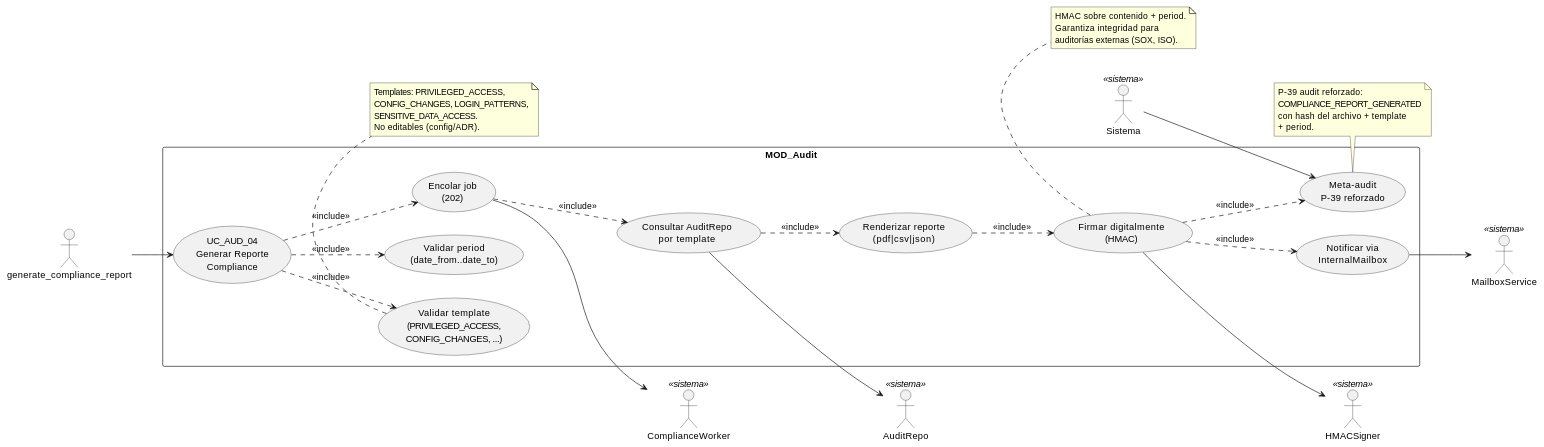
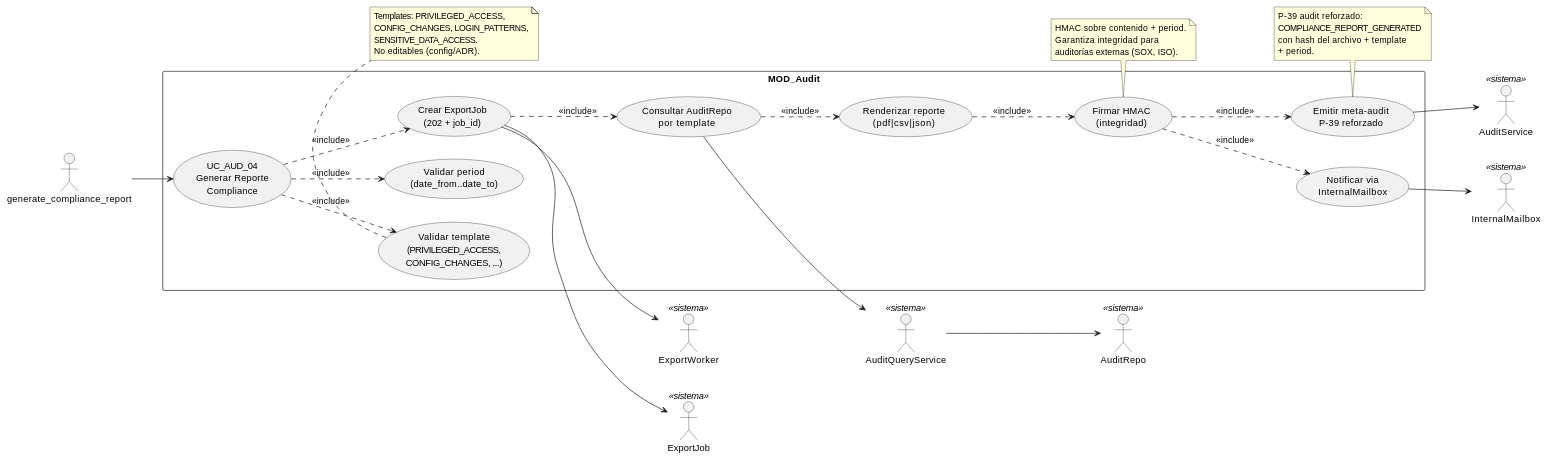
The diagram in source/requisitos/casos-uso/audit/uc-aud-04/diagramas-uml/diagrama-de-caso-de-uso.rst (jcg-admin/IACT-docs), drawn with PlantUML before and after one commit. The commit also changed other lines of this file and 52 other files, not shown here.

```diff
--- a/source/requisitos/casos-uso/audit/uc-aud-04/diagramas-uml/diagrama-de-caso-de-uso.rst
+++ b/source/requisitos/casos-uso/audit/uc-aud-04/diagramas-uml/diagrama-de-caso-de-uso.rst
@@ -4,63 +4,65 @@
 .. uml::
  :caption: UC_AUD_04 — actores y casos asociados
 
  @startuml
 
  left to right direction
 
  actor "generate_compliance_report" as INVOKER
- actor "ComplianceWorker" as WORKER <<sistema>>
- actor "AuditRepo" as REPO <<sistema>>
- actor "HMACSigner" as SIGNER <<sistema>>
- actor "MailboxService" as MAILBOX <<sistema>>
- actor "Sistema" as Sistema <<sistema>>
+ actor "ExportWorker" as WORKER <<sistema>>
+ actor "ExportJob" as JOB <<sistema>>
+ actor "AuditQueryService" as AQS <<sistema>>
+ actor "AuditRepo" as AR <<sistema>>
+ actor "InternalMailbox" as MB <<sistema>>
+ actor "AuditService" as AS <<sistema>>
 
  rectangle "MOD_Audit" {
    usecase "UC_AUD_04\nGenerar Reporte\nCompliance" as UC_AUD_04
    usecase "Validar template\n(PRIVILEGED_ACCESS,\nCONFIG_CHANGES, ...)" as VALIDAR_TEMPLATE
    usecase "Validar period\n(date_from..date_to)" as VALIDAR_PERIOD
-   usecase "Encolar job\n(202)" as ENCOLAR
+   usecase "Crear ExportJob\n(202 + job_id)" as CREATE_JOB
    usecase "Consultar AuditRepo\npor template" as QUERY
    usecase "Renderizar reporte\n(pdf|csv|json)" as RENDER
-   usecase "Firmar digitalmente\n(HMAC)" as FIRMAR
+   usecase "Firmar HMAC\n(integridad)" as FIRMAR
    usecase "Notificar via\nInternalMailbox" as NOTIFICAR
-   usecase "Meta-audit\nP-39 reforzado" as METAAUDIT
+   usecase "Emitir meta-audit\nP-39 reforzado" as METAAUDIT
  }
 
  INVOKER --> UC_AUD_04
  UC_AUD_04 ..> VALIDAR_TEMPLATE : <<include>>
  UC_AUD_04 ..> VALIDAR_PERIOD : <<include>>
- UC_AUD_04 ..> ENCOLAR : <<include>>
- ENCOLAR ..> QUERY : <<include>>
+ UC_AUD_04 ..> CREATE_JOB : <<include>>
+ CREATE_JOB ..> QUERY : <<include>>
  QUERY ..> RENDER : <<include>>
  RENDER ..> FIRMAR : <<include>>
  FIRMAR ..> NOTIFICAR : <<include>>
  FIRMAR ..> METAAUDIT : <<include>>
 
- ENCOLAR --> WORKER
- QUERY --> REPO
- FIRMAR --> SIGNER
- NOTIFICAR --> MAILBOX
- Sistema --> METAAUDIT
+ CREATE_JOB --> JOB
+ CREATE_JOB --> WORKER
+ QUERY --> AQS
+ AQS --> AR
+ NOTIFICAR --> MB
+ METAAUDIT --> AS
 
  note bottom of VALIDAR_TEMPLATE
    Templates: PRIVILEGED_ACCESS,
    CONFIG_CHANGES, LOGIN_PATTERNS,
    SENSITIVE_DATA_ACCESS.
    No editables (config/ADR).
  end note
 
  note bottom of FIRMAR
    HMAC sobre contenido + period.
    Garantiza integridad para
    auditorías externas (SOX, ISO).
  end note
 
  note bottom of METAAUDIT
    P-39 audit reforzado:
    COMPLIANCE_REPORT_GENERATED
    con hash del archivo + template
    + period.
  end note
 
  @enduml
```
